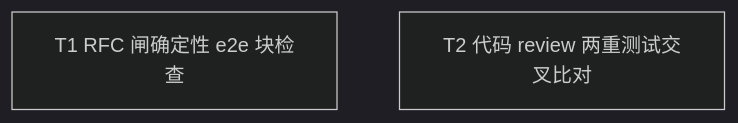
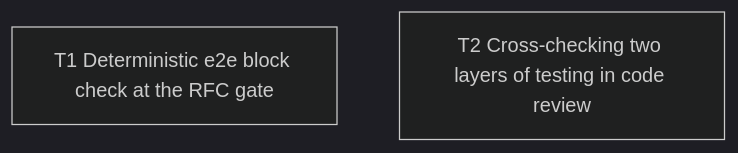
One commit to Curry09/OpenAgents changed the diagram in docs/specs/0057-e2e-gate-hardening.md. Above: the diagram before and after it, drawn with Mermaid (dark theme). The commit also changed other lines of this file and 461 other files, not shown here.

````diff
--- a/docs/specs/0057-e2e-gate-hardening.md
+++ b/docs/specs/0057-e2e-gate-hardening.md
@@ -122,5 +122,5 @@
 ```mermaid
 graph TD
-    T1[T1 RFC 闸确定性 e2e 块检查]
-    T2[T2 代码 review 两重测试交叉比对]
+    T1[T1 Deterministic e2e block check at the RFC gate]
+    T2[T2 Cross-checking two layers of testing in code review]
 ```
````
